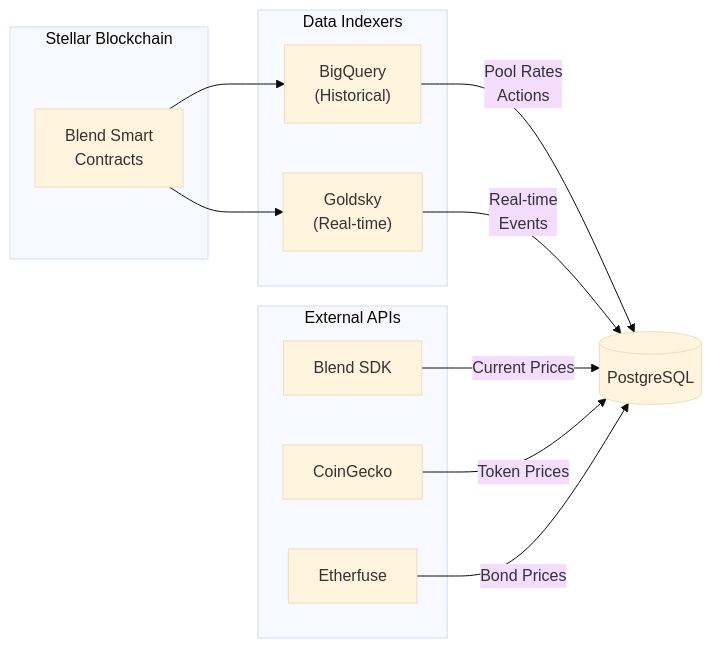
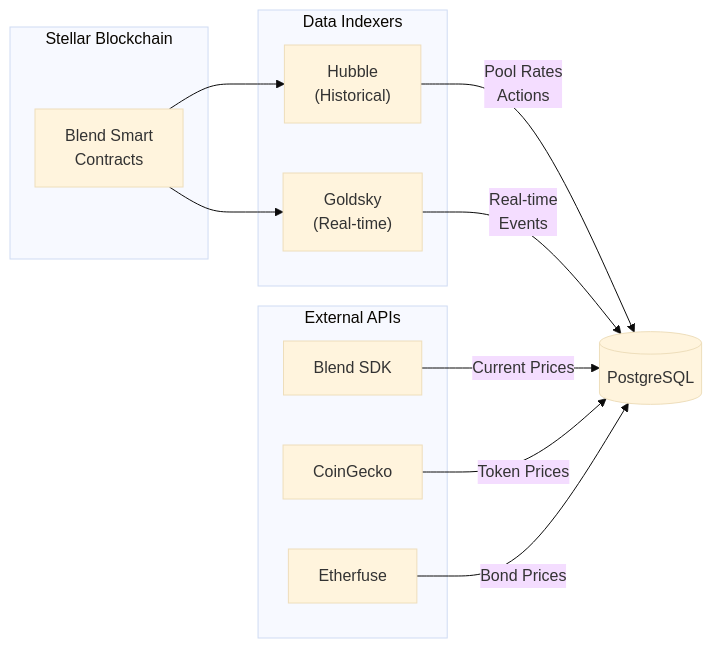
Before and after one commit to brunomlr/blend-indexer: the second of 7 diagrams in README.md, drawn with Mermaid (base theme). The commit also changed other lines of this file, not shown here.

````diff
--- a/README.md
+++ b/README.md
@@ -156,26 +156,26 @@
 ```mermaid
 flowchart LR
     subgraph Blockchain["Stellar Blockchain"]
         SC["Blend Smart<br/>Contracts"]
     end
 
     subgraph Indexers["Data Indexers"]
-        BQ["BigQuery<br/>(Historical)"]
+        BQ["Hubble<br/>(Historical)"]
         GS["Goldsky<br/>(Real-time)"]
     end
 
     subgraph External["External APIs"]
         SDK["Blend SDK"]
         CG["CoinGecko"]
         EF["Etherfuse"]
     end
 
     SC --> BQ
     SC --> GS
 
     BQ --> |"Pool Rates<br/>Actions"| DB[("PostgreSQL")]
     GS --> |"Real-time<br/>Events"| DB
     SDK --> |"Current Prices"| DB
     CG --> |"Token Prices"| DB
     EF --> |"Bond Prices"| DB
 ```
````
